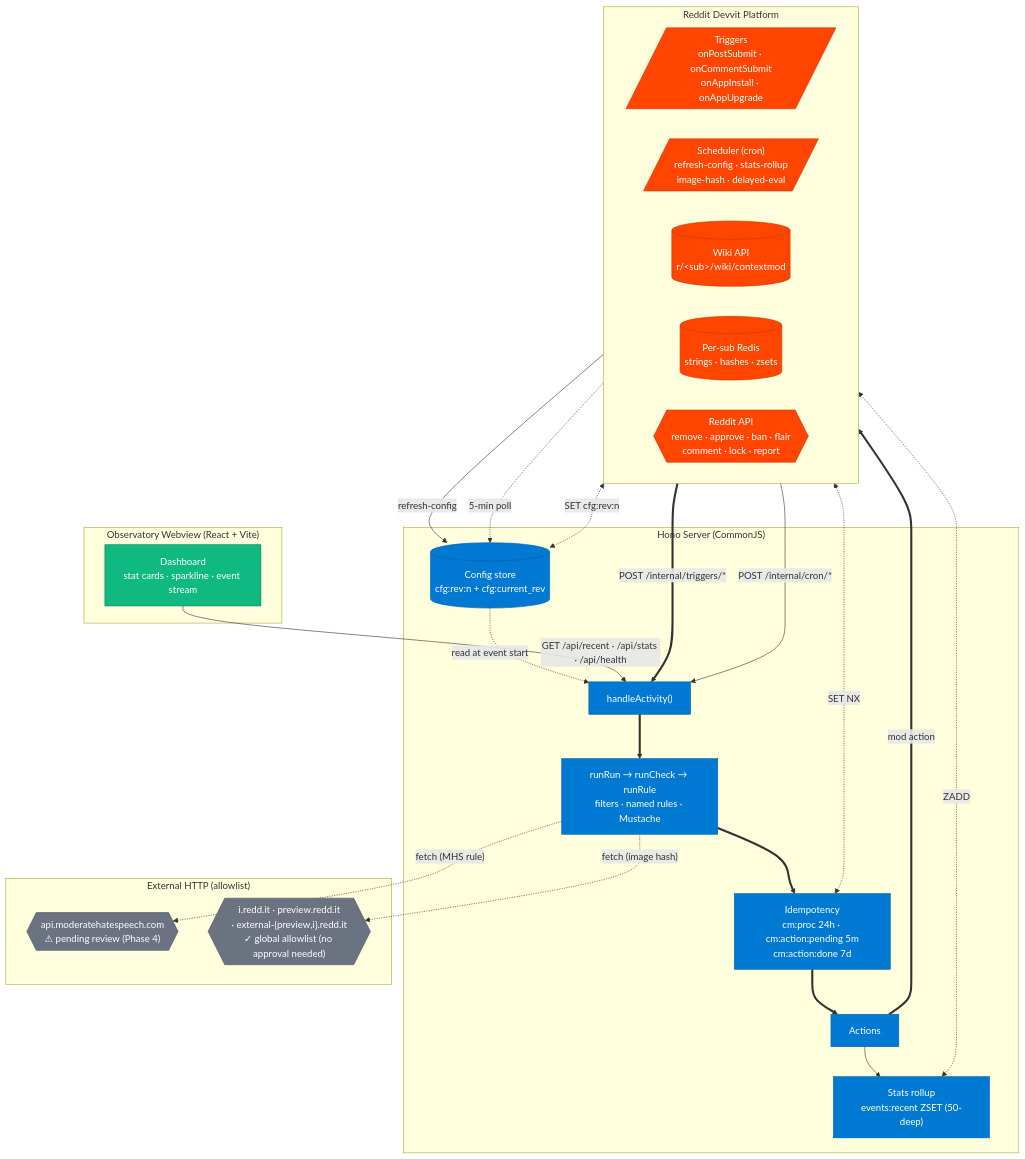
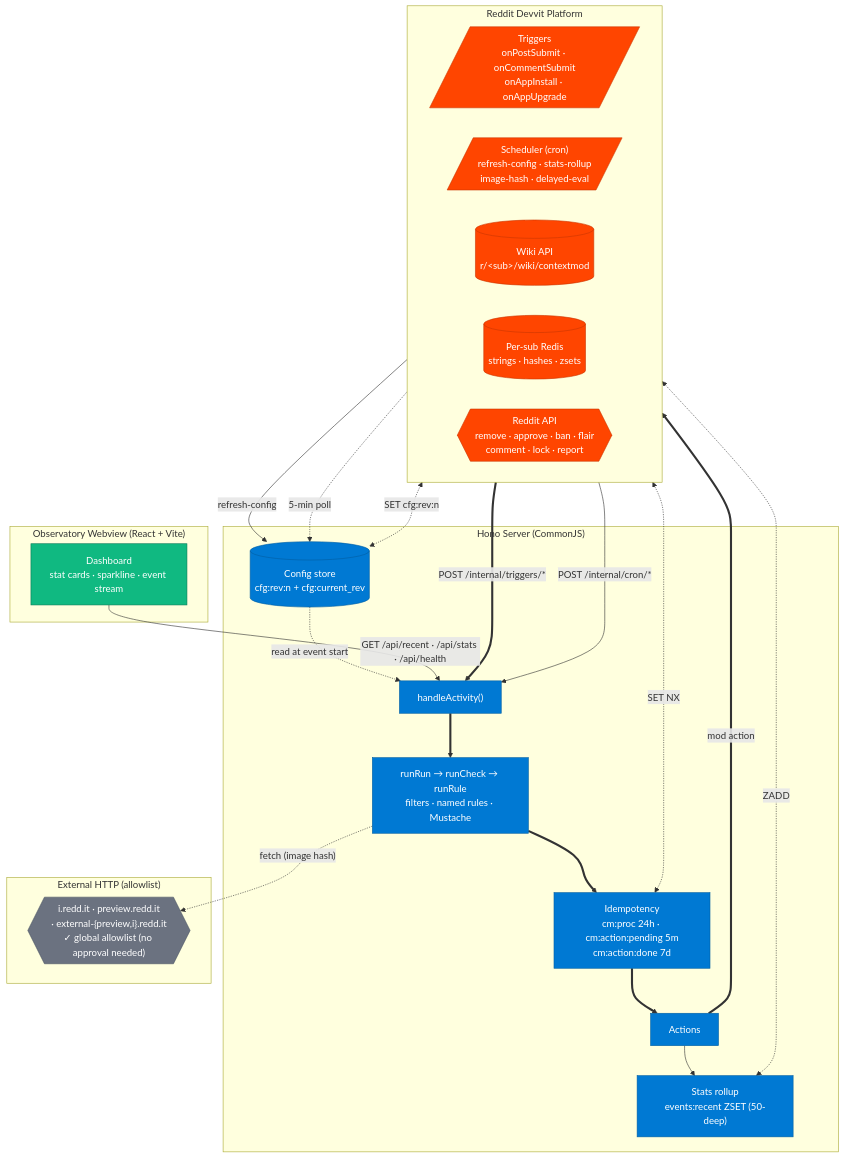
One commit to StephenSook/context-mod-devvit changed the first of 2 diagrams in README.md. Above: the diagram before and after it, drawn with Mermaid. The commit also changed other lines of this file, not shown here.

First line of the commit message:
fix(readme): remove MHS — Mermaid external + Fetch Domains row + Phase 4 list

````diff
--- a/README.md
+++ b/README.md
@@ -43,58 +43,56 @@
 ```mermaid
 flowchart TB
   accTitle: ContextMod Devvit Architecture
   accDescr: Reddit Devvit platform delivers trigger events and cron jobs to a Hono server that runs the rule engine and emits moderation actions back to Reddit while telemetry feeds a React webview dashboard.
 
   subgraph Platform["Reddit Devvit Platform"]
     direction LR
     TRIG[/"Triggers<br/>onPostSubmit · onCommentSubmit<br/>onAppInstall · onAppUpgrade"/]
     SCHED[/"Scheduler (cron)<br/>refresh-config · stats-rollup<br/>image-hash · delayed-eval"/]
     WIKI[("Wiki API<br/>r/&lt;sub&gt;/wiki/contextmod")]
     REDIS[("Per-sub Redis<br/>strings · hashes · zsets")]
     RAPI{{"Reddit API<br/>remove · approve · ban · flair<br/>comment · lock · report"}}
   end
 
   subgraph Server["Hono Server (CommonJS)"]
     HA["handleActivity()"]
     CFG[("Config store<br/>cfg:rev:n + cfg:current_rev")]
     PIPE["runRun → runCheck → runRule<br/>filters · named rules · Mustache"]
     IDEM["Idempotency<br/>cm:proc 24h · cm:action:pending 5m<br/>cm:action:done 7d"]
     ACT["Actions"]
     STATS["Stats rollup<br/>events:recent ZSET (50-deep)"]
   end
 
   subgraph Client["Observatory Webview (React + Vite)"]
     DASH["Dashboard<br/>stat cards · sparkline · event stream"]
   end
 
   subgraph External["External HTTP (allowlist)"]
-    MHS{{"api.moderatehatespeech.com<br/>⚠ pending review (Phase 4)"}}
     RIMG{{"i.redd.it · preview.redd.it<br/>· external-{preview,i}.redd.it<br/>✓ global allowlist (no approval needed)"}}
   end
 
   TRIG ==>|"POST /internal/triggers/*"| HA
   SCHED -->|"POST /internal/cron/*"| HA
   SCHED -->|"refresh-config"| CFG
   WIKI -.->|"5-min poll"| CFG
   CFG -.->|"read at event start"| HA
   HA ==> PIPE
   PIPE ==> IDEM
   IDEM ==> ACT
   ACT ==>|"mod action"| RAPI
   ACT --> STATS
   IDEM <-.->|"SET NX"| REDIS
   CFG <-.->|"SET cfg:rev:n"| REDIS
   STATS <-.->|"ZADD"| REDIS
   DASH -->|"GET /api/recent · /api/stats · /api/health"| HA
-  PIPE -.->|"fetch (MHS rule)"| MHS
   PIPE -.->|"fetch (image hash)"| RIMG
 
   classDef platform fill:#FF4500,stroke:#CC3700,color:#fff
   classDef server fill:#0079D3,stroke:#005FA3,color:#fff
   classDef client fill:#10B981,stroke:#047857,color:#fff
   classDef external fill:#6B7280,stroke:#4B5563,color:#fff
   class TRIG,SCHED,WIKI,REDIS,RAPI platform
   class HA,CFG,PIPE,IDEM,ACT,STATS server
   class DASH client
-  class MHS,RIMG external
+  class RIMG external
 ```
````
